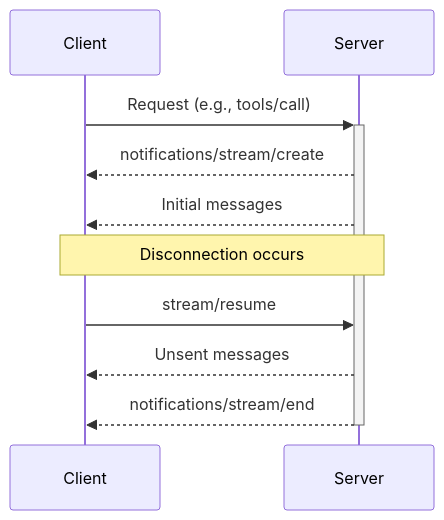
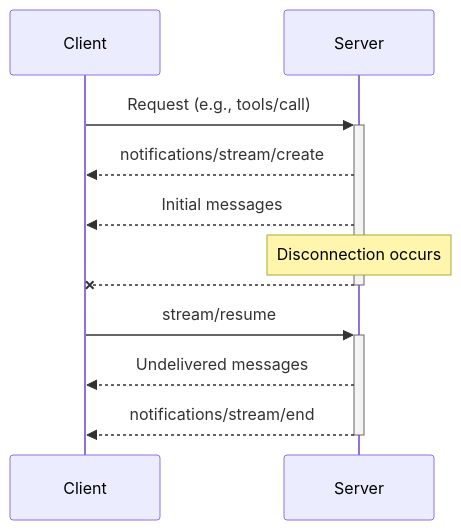
The second of 4 diagrams in docs/specification/draft/basic/streams.mdx (modelcontextprotocol/specification), drawn with Mermaid before and after one commit. The commit also changed other lines of this file, not shown here.

````diff
--- a/docs/specification/draft/basic/streams.mdx
+++ b/docs/specification/draft/basic/streams.mdx
@@ -79,15 +105,16 @@
 ```mermaid
 sequenceDiagram
     participant Client
     participant Server
 
     Client->>+Server: Request (e.g., tools/call)
     Server-->>Client: notifications/stream/create
     Server-->>Client: Initial messages
 
-    Note over Client,Server: Disconnection occurs
+    Note over Server: Disconnection occurs
+    Server--x-Client:
 
-    Client->>Server: stream/resume
-    Server-->>Client: Unsent messages
+    Client->>+Server: stream/resume
+    Server-->>Client: Undelivered messages
     Server-->>-Client: notifications/stream/end
 ```
````
